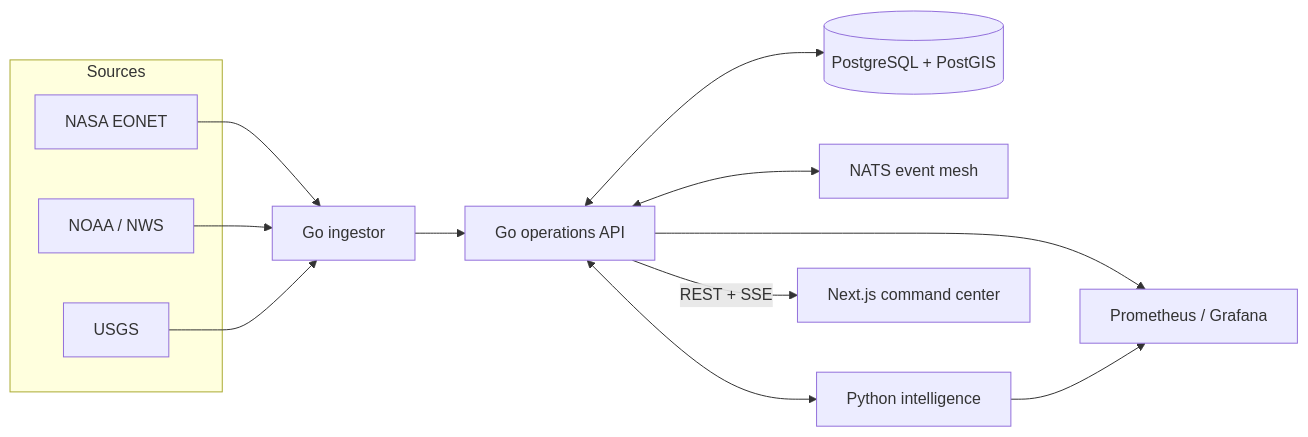
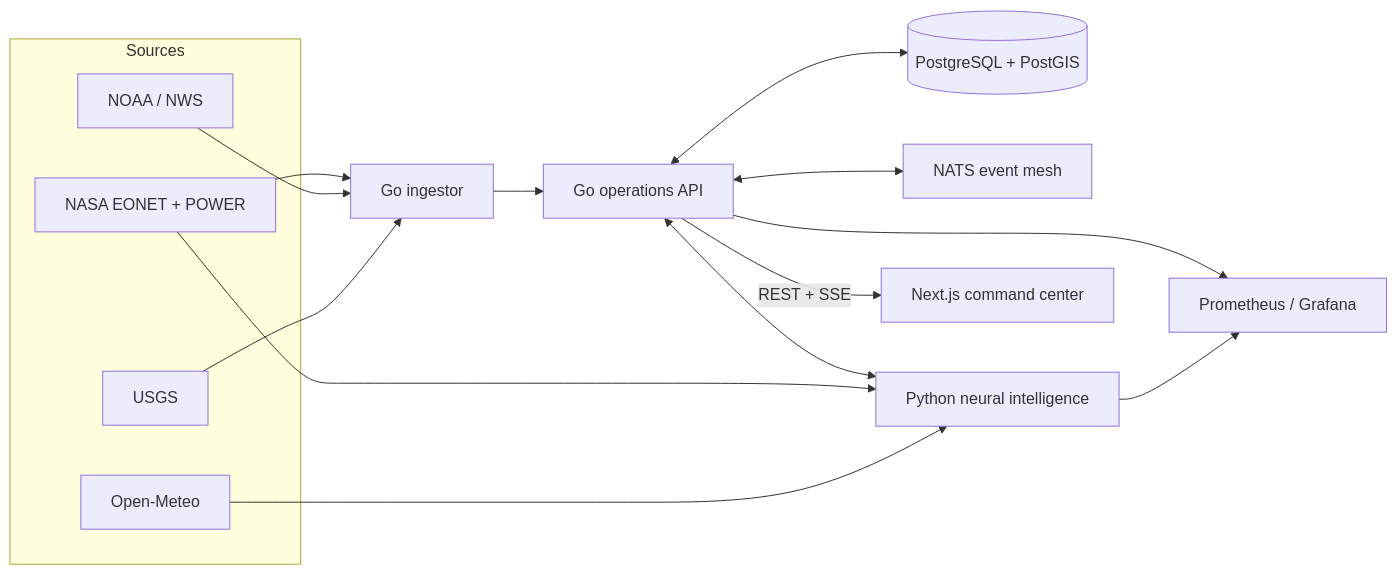
The diagram in README.md (mnabid05/crisismesh), drawn with Mermaid before and after one commit. The commit also changed other lines of this file and 2 other files, not shown here.

Commit message:
docs: publish neural model card and limitations

````diff
--- a/README.md
+++ b/README.md
@@ -18,15 +19,17 @@
 ```mermaid
 flowchart LR
   subgraph Sources
-    E["NASA EONET"]
+    E["NASA EONET + POWER"]
     N["NOAA / NWS"]
     U["USGS"]
+    M["Open-Meteo"]
   end
   E & N & U --> I["Go ingestor"]
   I --> A["Go operations API"]
   A <--> P[("PostgreSQL + PostGIS")]
   A <--> B["NATS event mesh"]
-  A <--> R["Python intelligence"]
+  A <--> R["Python neural intelligence"]
+  E & M --> R
   A -->|"REST + SSE"| W["Next.js command center"]
   A & R --> O["Prometheus / Grafana"]
 ```
````
